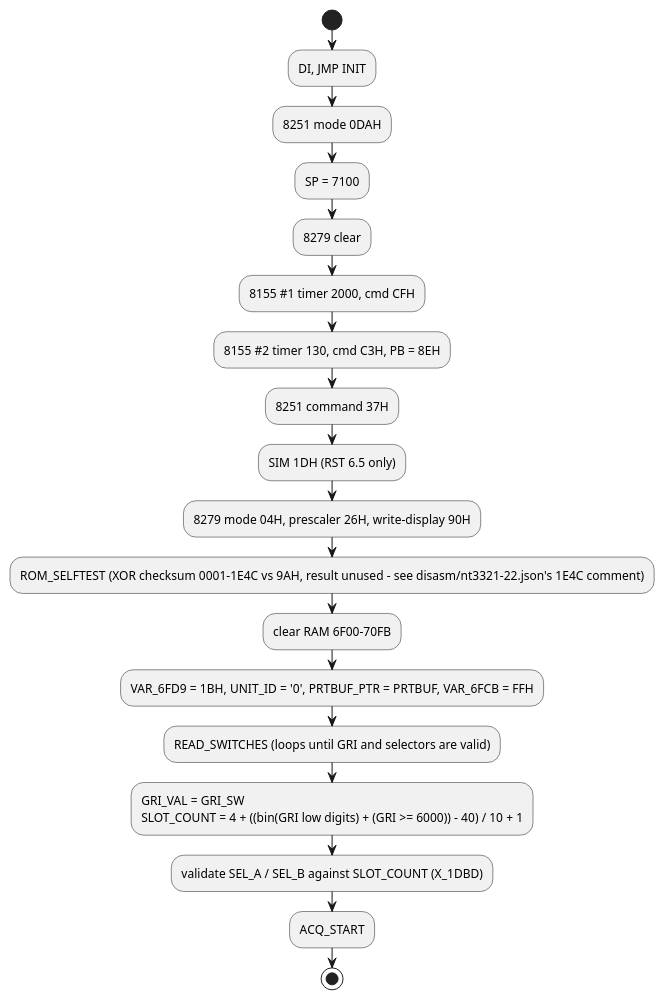
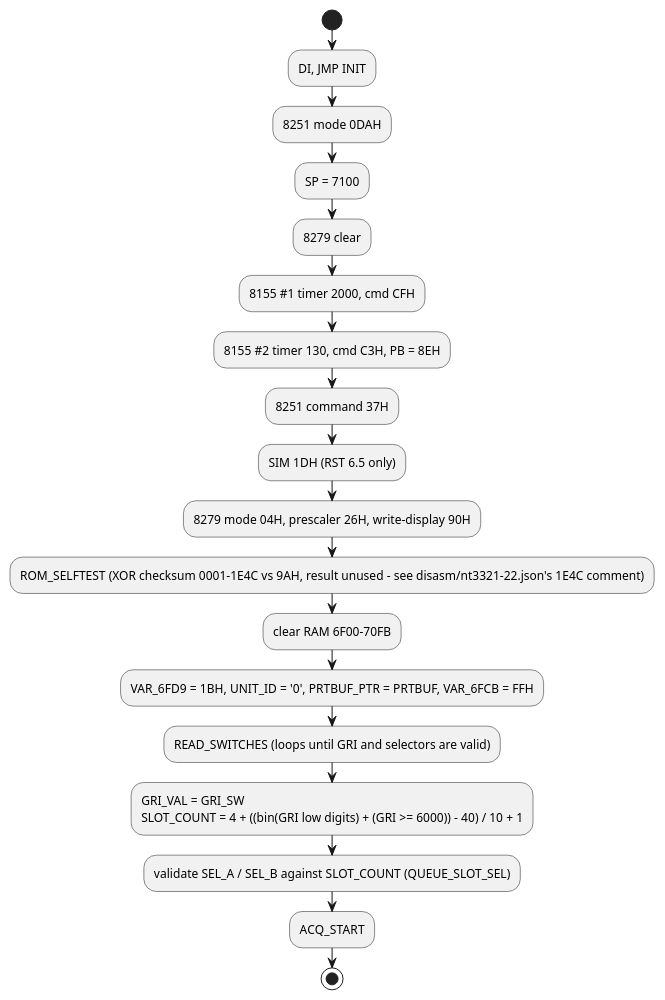
Before and after one commit to Mwwhited-BookLearning/navtec-roms: the first of 3 diagrams in docs/firmware.md, drawn with PlantUML. The commit also changed other lines of this file and 8 other files, not shown here.

````diff
--- a/docs/firmware.md
+++ b/docs/firmware.md
@@ -18,23 +18,23 @@
 ```plantuml
 @startuml
 start
 :DI, JMP INIT;
 :8251 mode 0DAH;
 :SP = 7100;
 :8279 clear;
 :8155 #1 timer 2000, cmd CFH;
 :8155 #2 timer 130, cmd C3H, PB = 8EH;
 :8251 command 37H;
 :SIM 1DH (RST 6.5 only);
 :8279 mode 04H, prescaler 26H, write-display 90H;
 :ROM_SELFTEST (XOR checksum 0001-1E4C vs 9AH, result unused - see disasm/nt3321-22.json's 1E4C comment);
 :clear RAM 6F00-70FB;
 :VAR_6FD9 = 1BH, UNIT_ID = '0', PRTBUF_PTR = PRTBUF, VAR_6FCB = FFH;
 :READ_SWITCHES (loops until GRI and selectors are valid);
 :GRI_VAL = GRI_SW
 SLOT_COUNT = 4 + ((bin(GRI low digits) + (GRI >= 6000)) - 40) / 10 + 1;
-:validate SEL_A / SEL_B against SLOT_COUNT (X_1DBD);
+:validate SEL_A / SEL_B against SLOT_COUNT (QUEUE_SLOT_SEL);
 :ACQ_START;
 stop
 @enduml
 ```
````
